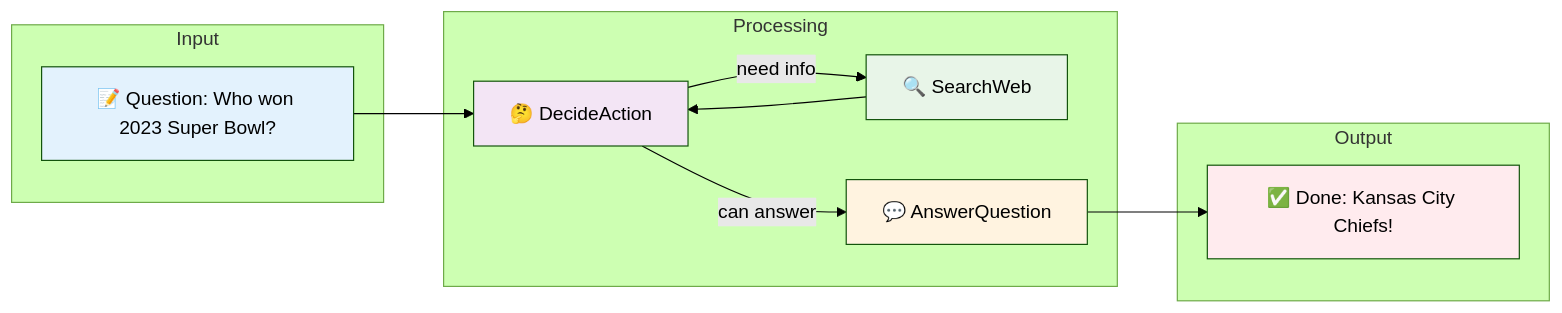
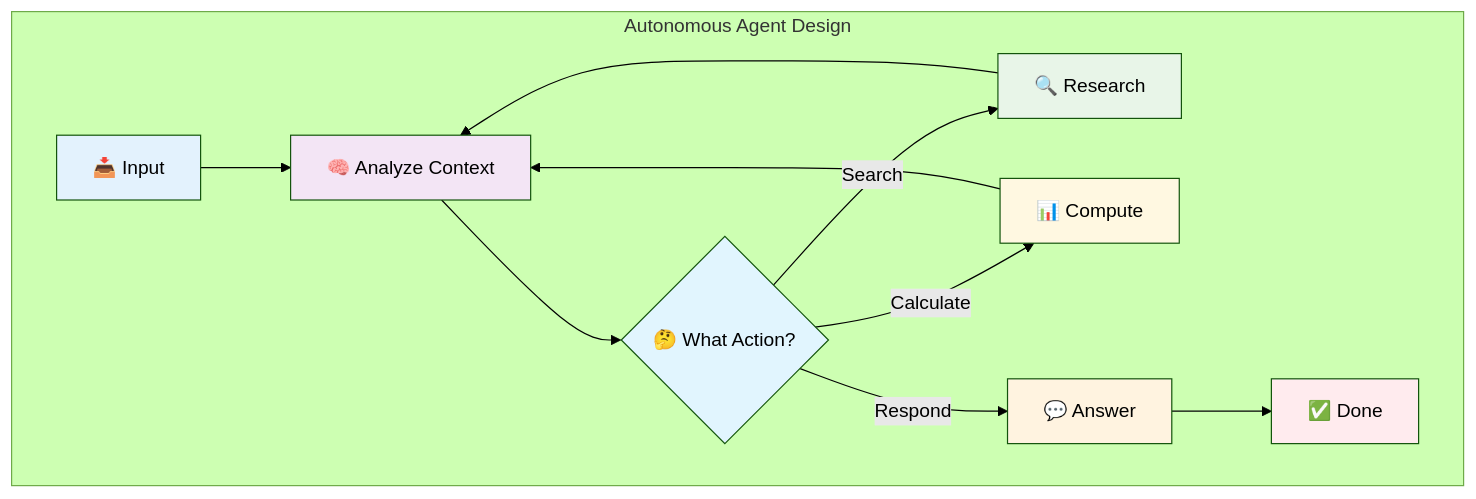
One commit to enogrob/enogrob.github.io changed diagram 13 of 18 in _posts/2025-07-17-pocket-flow-llm-graph-framework.md. Above: the diagram before and after it, drawn with Mermaid (forest theme). The commit also changed other lines of this file, not shown here.

````diff
--- a/_posts/2025-07-17-pocket-flow-llm-graph-framework.md
+++ b/_posts/2025-07-17-pocket-flow-llm-graph-framework.md
@@ -436,23 +525,21 @@
 ```mermaid!
-graph LR
-    subgraph "Input"
-        A[📝 Question: Who won 2023 Super Bowl?]
-    end
-    
-    subgraph "Processing"
-        A --> B[🤔 DecideAction]
-        B -->|need info| C[🔍 SearchWeb]
-        B -->|can answer| D[💬 AnswerQuestion]
-        C --> B
-    end
-    
-    subgraph "Output"
-        D --> E[✅ Done: Kansas City Chiefs!]
+graph 
+    subgraph "Autonomous Agent Design"
+        A["📥 Input"] --> B["🧠 Analyze Context"]
+        B --> C{"🤔 What Action?"}
+        C -->|Search| D["🔍 Research"]
+        C -->|Calculate| E["📊 Compute"]
+        C -->|Respond| F["💬 Answer"]
+        D --> B
+        E --> B
+        F --> G["✅ Done"]
     end
     
     style A fill:#e3f2fd
     style B fill:#f3e5f5
-    style C fill:#e8f5e8
-    style D fill:#fff3e0
-    style E fill:#ffebee
+    style C fill:#e1f5fe
+    style D fill:#e8f5e8
+    style E fill:#fff8e1
+    style F fill:#fff3e0
+    style G fill:#ffebee
 ```
````
